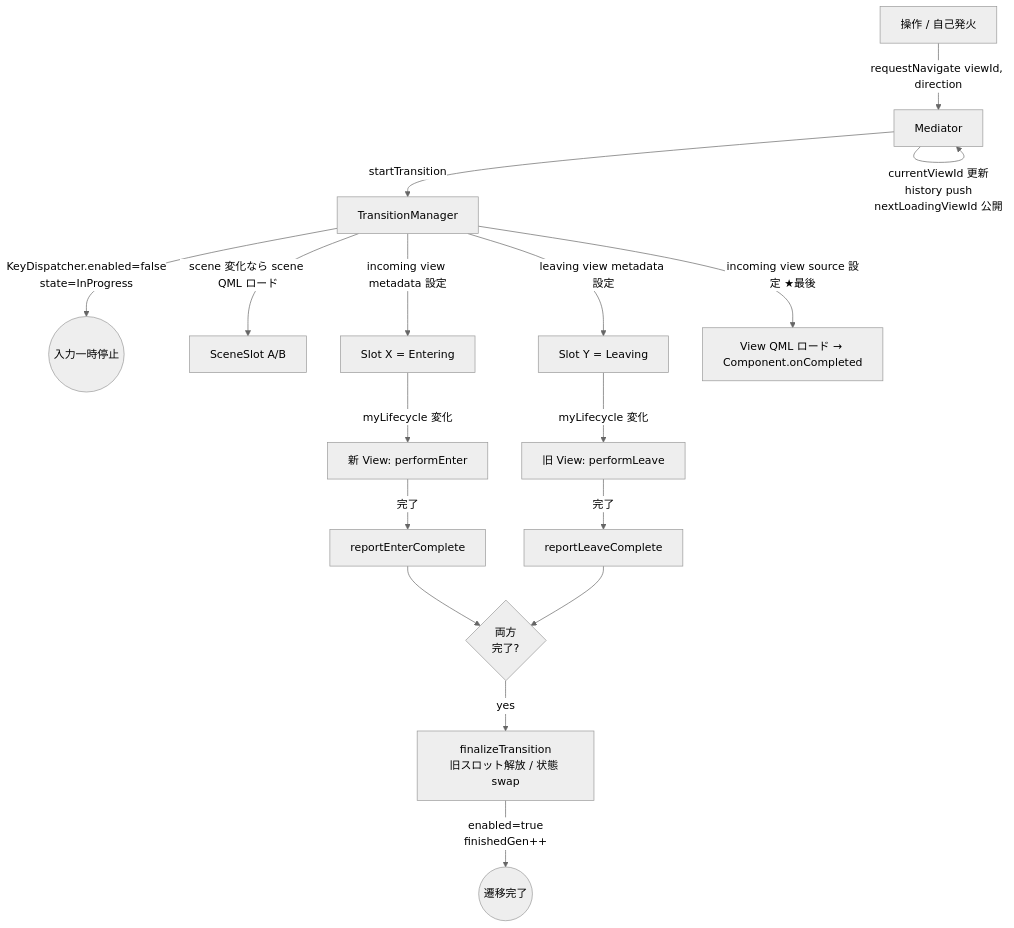
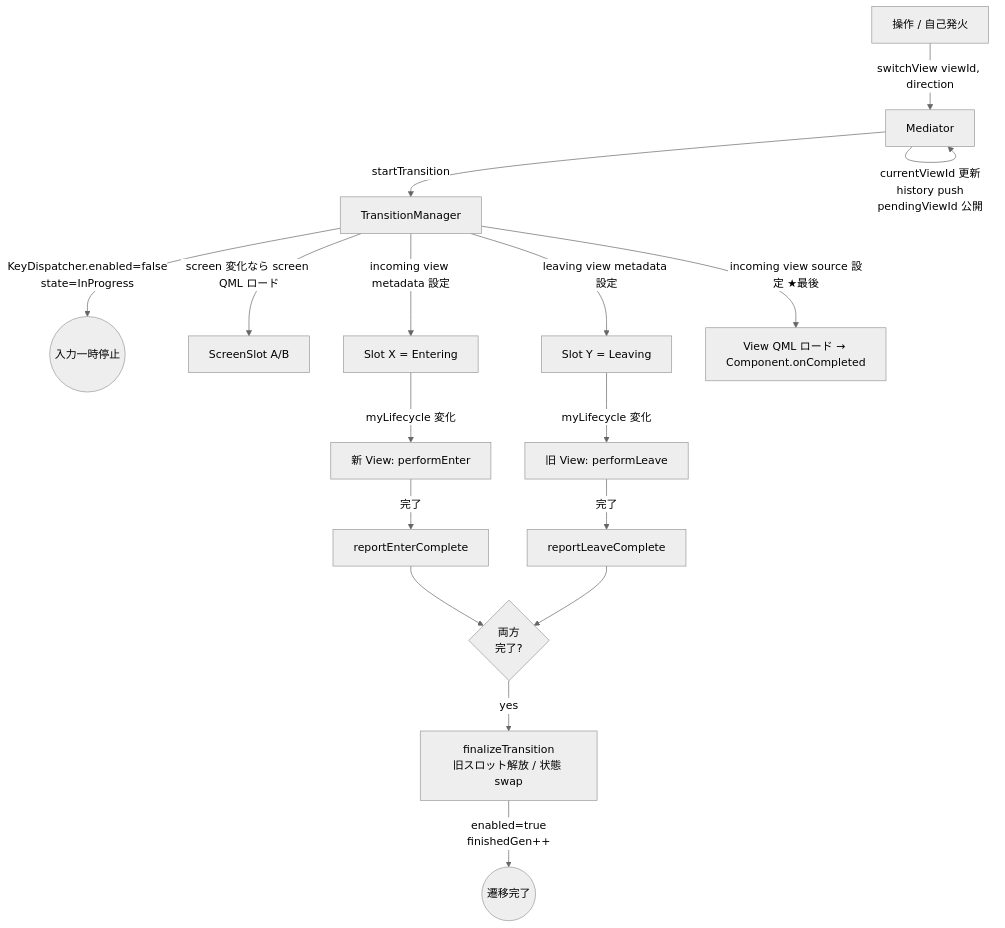
The fourth of 11 diagrams in docs/flows.md (yuya-kadono/qul-loader-navigation-poc), drawn with Mermaid (neutral theme) before and after one commit. The commit also changed other lines of this file and 40 other files, not shown here.

````diff
--- a/docs/flows.md
+++ b/docs/flows.md
@@ -121,19 +124,19 @@
 ```mermaid
 flowchart TB
-    Trig[操作 / 自己発火] -->|requestNavigate viewId, direction| Med[Mediator]
-    Med -->|currentViewId 更新<br>history push<br>nextLoadingViewId 公開| Med
+    Trig[操作 / 自己発火] -->|switchView viewId, direction| Med[Mediator]
+    Med -->|currentViewId 更新<br>history push<br>pendingViewId 公開| Med
     Med -->|startTransition| TM[TransitionManager]
     TM -->|KeyDispatcher.enabled=false<br>state=InProgress| Block((入力一時停止))
-    TM -->|scene 変化なら scene QML ロード| SL[SceneSlot A/B]
+    TM -->|screen 変化なら screen QML ロード| SL[ScreenSlot A/B]
     TM -->|incoming view metadata 設定| MetaI[Slot X = Entering]
     TM -->|leaving view metadata 設定| MetaL[Slot Y = Leaving]
     TM -->|incoming view source 設定 ★最後| LoadV[View QML ロード → Component.onCompleted]
     MetaI -->|myLifecycle 変化| EnterV[新 View: performEnter]
     MetaL -->|myLifecycle 変化| LeaveV[旧 View: performLeave]
     EnterV -->|完了| RepE[reportEnterComplete]
     LeaveV -->|完了| RepL[reportLeaveComplete]
     RepE --> WaitBoth{両方<br>完了?}
     RepL --> WaitBoth
     WaitBoth -->|yes| Final[finalizeTransition<br>旧スロット解放 / 状態 swap]
     Final -->|enabled=true<br>finishedGen++| Done((遷移完了))
 ```
````
